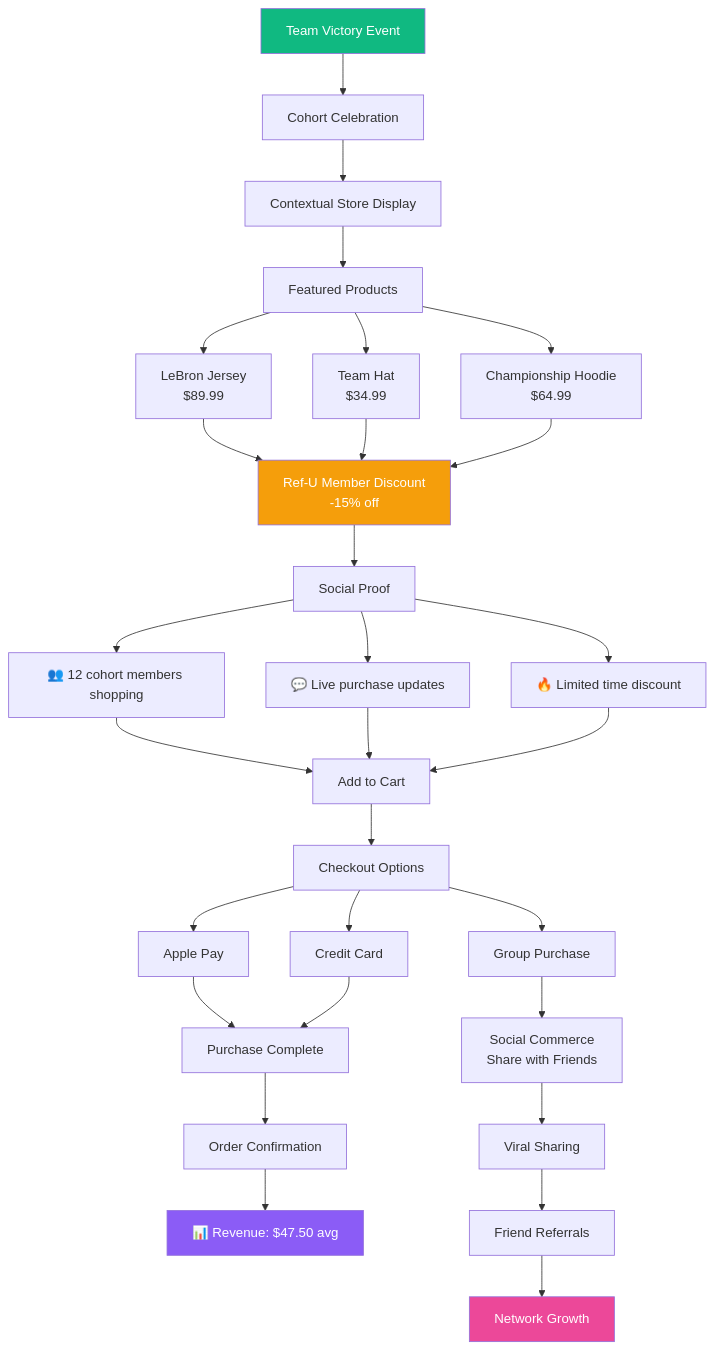
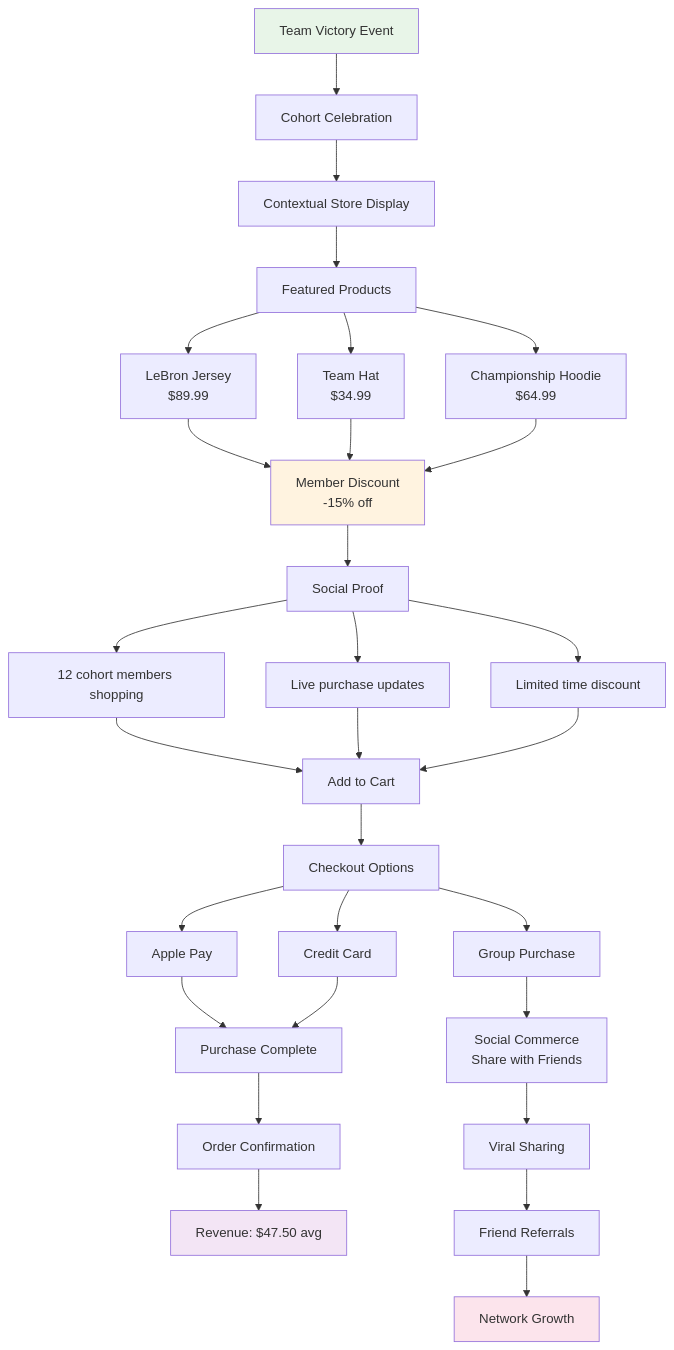
One commit to SkaFld-Ignite/ref-u-wireframes changed the sixth of 9 diagrams in docs/investor-flows.md. Above: the diagram before and after it, drawn with Mermaid. The commit also changed other lines of this file and 2 other files, not shown here.

Commit message:
Fix Mermaid diagram colors, perfect wireframe boxes, and rename investor sections to business overview

````diff
--- a/docs/investor-flows.md
+++ b/docs/investor-flows.md
@@ -240,44 +240,44 @@
 ```mermaid
 graph TD
     A[Team Victory Event] --> B[Cohort Celebration]
     B --> C[Contextual Store Display]
     
     C --> D[Featured Products]
     D --> E1[LeBron Jersey<br/>$89.99]
     D --> E2[Team Hat<br/>$34.99]
     D --> E3[Championship Hoodie<br/>$64.99]
     
-    E1 --> F[Ref-U Member Discount<br/>-15% off]
+    E1 --> F[Member Discount<br/>-15% off]
     E2 --> F
     E3 --> F
     
     F --> G[Social Proof]
-    G --> H1[👥 12 cohort members shopping]
-    G --> H2[💬 Live purchase updates]
-    G --> H3[🔥 Limited time discount]
+    G --> H1[12 cohort members shopping]
+    G --> H2[Live purchase updates]
+    G --> H3[Limited time discount]
     
     H1 --> I[Add to Cart]
     H2 --> I
     H3 --> I
     
     I --> J[Checkout Options]
     J --> K1[Apple Pay]
     J --> K2[Credit Card]
     J --> K3[Group Purchase]
     
     K1 --> L[Purchase Complete]
     K2 --> L
     K3 --> M[Social Commerce<br/>Share with Friends]
     
     L --> N[Order Confirmation]
-    N --> O[📊 Revenue: $47.50 avg]
+    N --> O[Revenue: $47.50 avg]
     
     M --> P[Viral Sharing]
     P --> Q[Friend Referrals]
     Q --> R[Network Growth]
     
-    style A fill:#10b981,color:white
-    style F fill:#f59e0b,color:white
-    style O fill:#8b5cf6,color:white
-    style R fill:#ec4899,color:white
+    style A fill:#e8f5e8
+    style F fill:#fff3e0
+    style O fill:#f3e5f5
+    style R fill:#fce4ec
 ```
````
